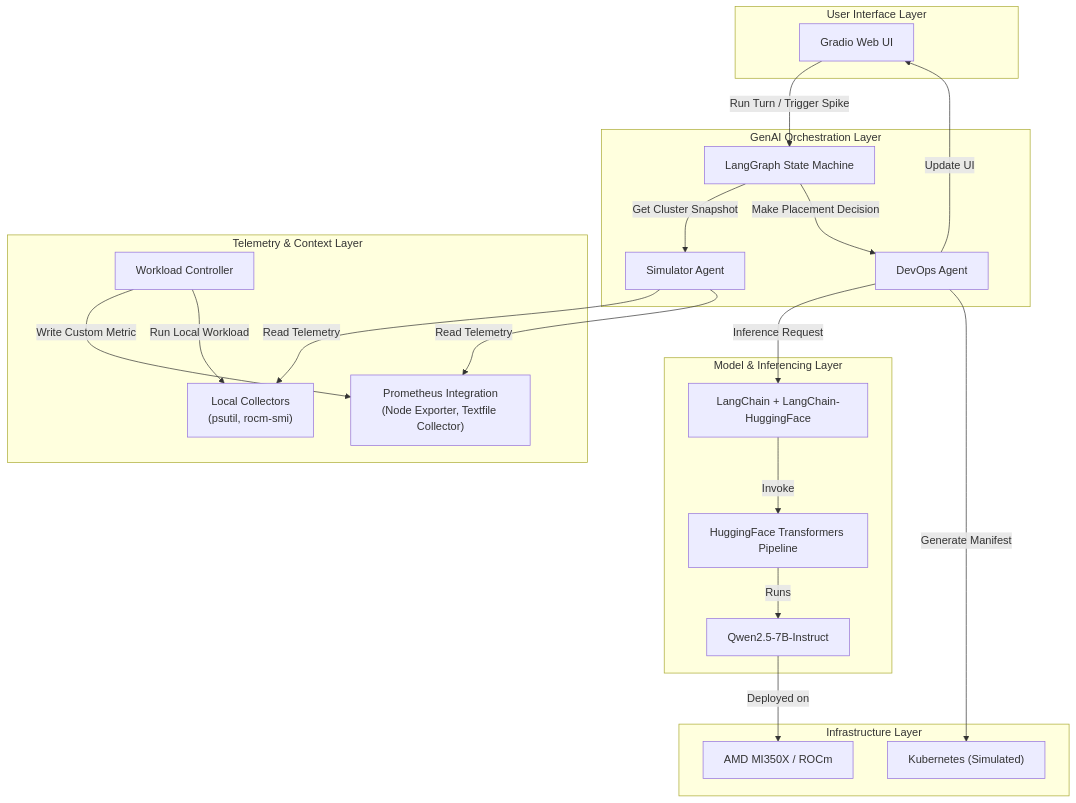
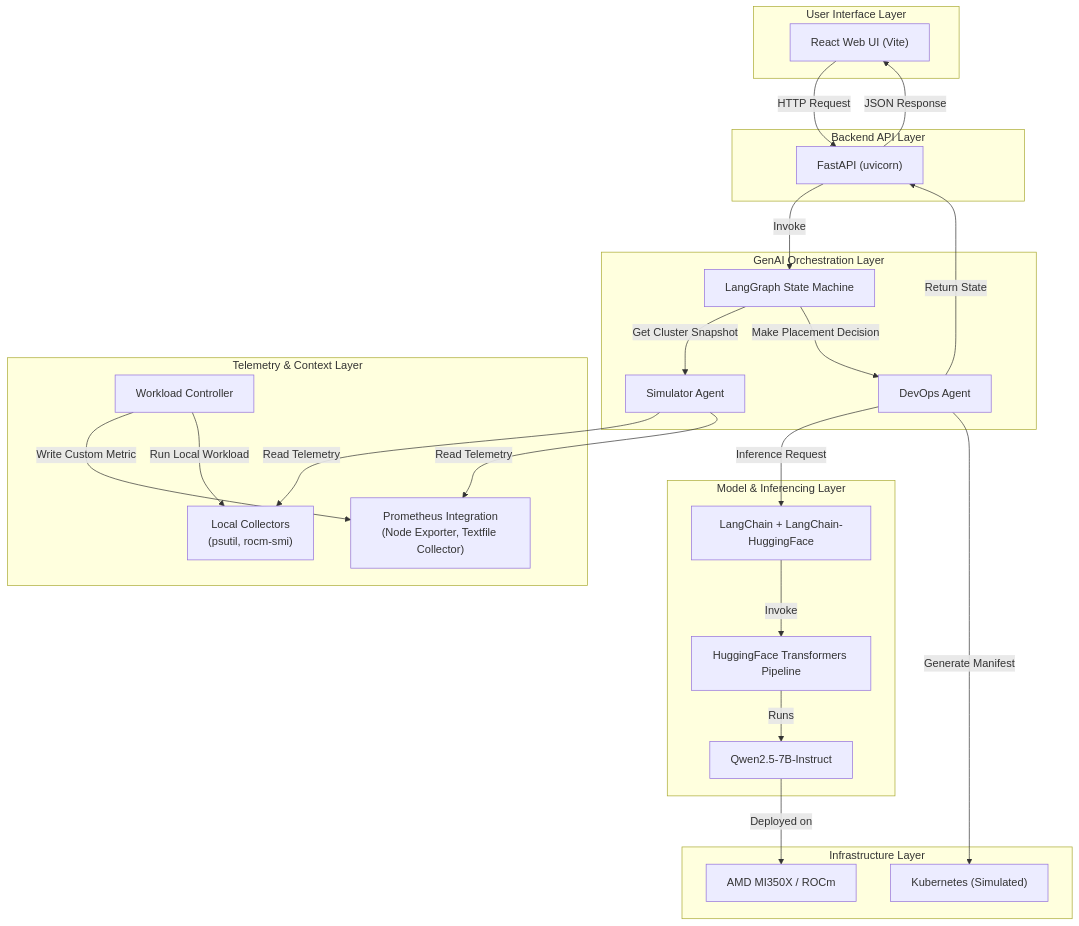
One commit to prachimore1406/amd-hackathon changed the diagram in ARCHITECTURE.md. Above: the diagram before and after it, drawn with Mermaid. The commit also changed other lines of this file and 9 other files, not shown here.

````diff
--- a/ARCHITECTURE.md
+++ b/ARCHITECTURE.md
@@ -8,43 +8,49 @@
 ```mermaid
 flowchart TB
     subgraph "User Interface Layer"
-        UI["Gradio Web UI"]
+        UI["React Web UI (Vite)"]
+    end
+
+    subgraph "Backend API Layer"
+        API["FastAPI (uvicorn)"]
     end
 
     subgraph "GenAI Orchestration Layer"
         LG["LangGraph State Machine"]
         SA["Simulator Agent"]
         DA["DevOps Agent"]
     end
 
     subgraph "Telemetry & Context Layer"
         LC["Local Collectors\n(psutil, rocm-smi)"]
         PC["Prometheus Integration\n(Node Exporter, Textfile Collector)"]
         WC["Workload Controller"]
     end
 
     subgraph "Model & Inferencing Layer"
         LC_PT["LangChain + LangChain-HuggingFace"]
         HF["HuggingFace Transformers Pipeline"]
         LLM["Qwen2.5-7B-Instruct"]
     end
 
     subgraph "Infrastructure Layer"
         AMD["AMD MI350X / ROCm"]
         K8S["Kubernetes (Simulated)"]
     end
 
-    UI -->|Run Turn / Trigger Spike| LG
+    UI -->|HTTP Request| API
+    API -->|Invoke| LG
     LG -->|Get Cluster Snapshot| SA
     SA -->|Read Telemetry| LC
     SA -->|Read Telemetry| PC
     LG -->|Make Placement Decision| DA
     DA -->|Inference Request| LC_PT
     LC_PT -->|Invoke| HF
     HF -->|Runs| LLM
     LLM -->|Deployed on| AMD
     DA -->|Generate Manifest| K8S
-    DA -->|Update UI| UI
+    DA -->|Return State| API
+    API -->|JSON Response| UI
     WC -->|Write Custom Metric| PC
     WC -->|Run Local Workload| LC
 ```
````
